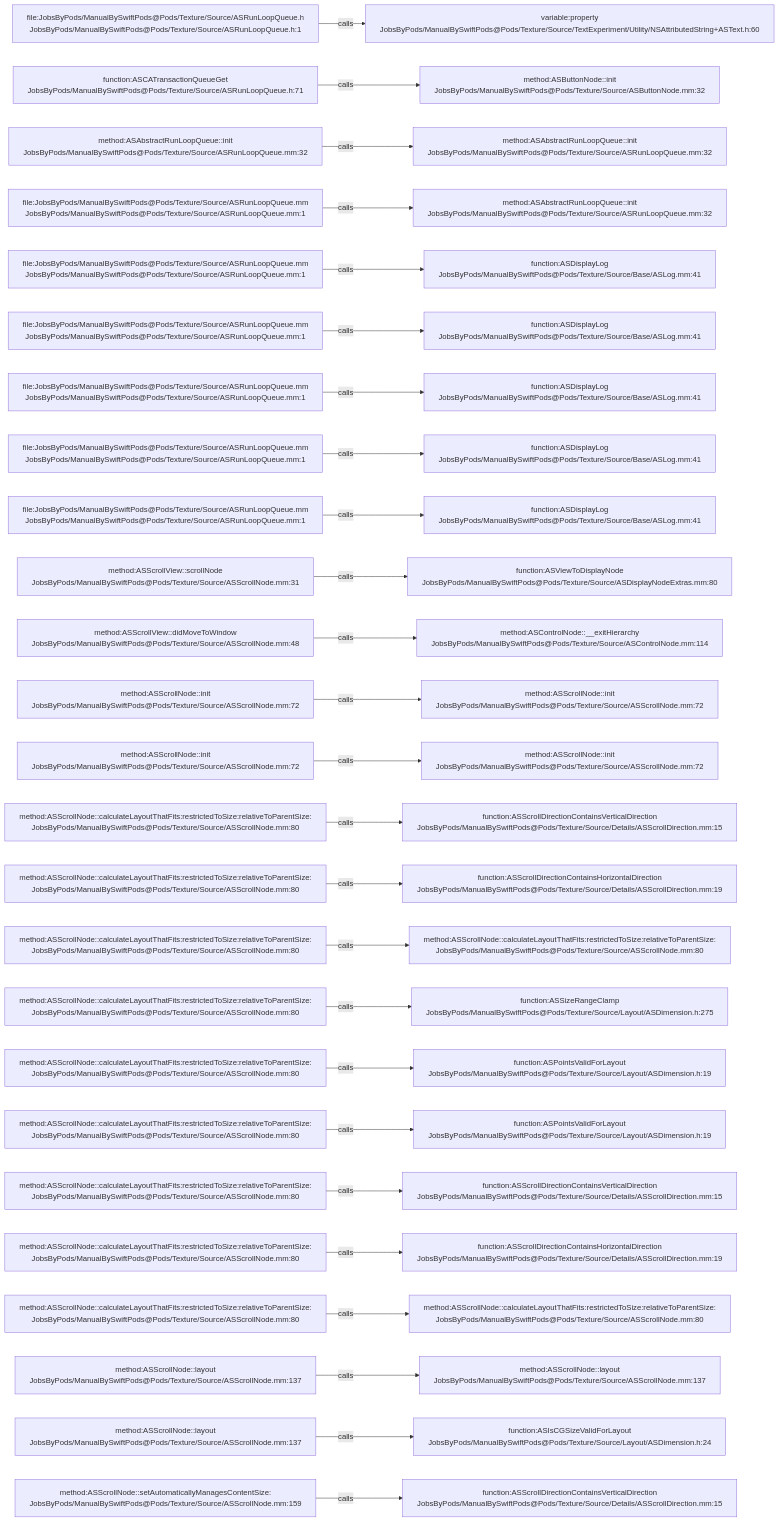
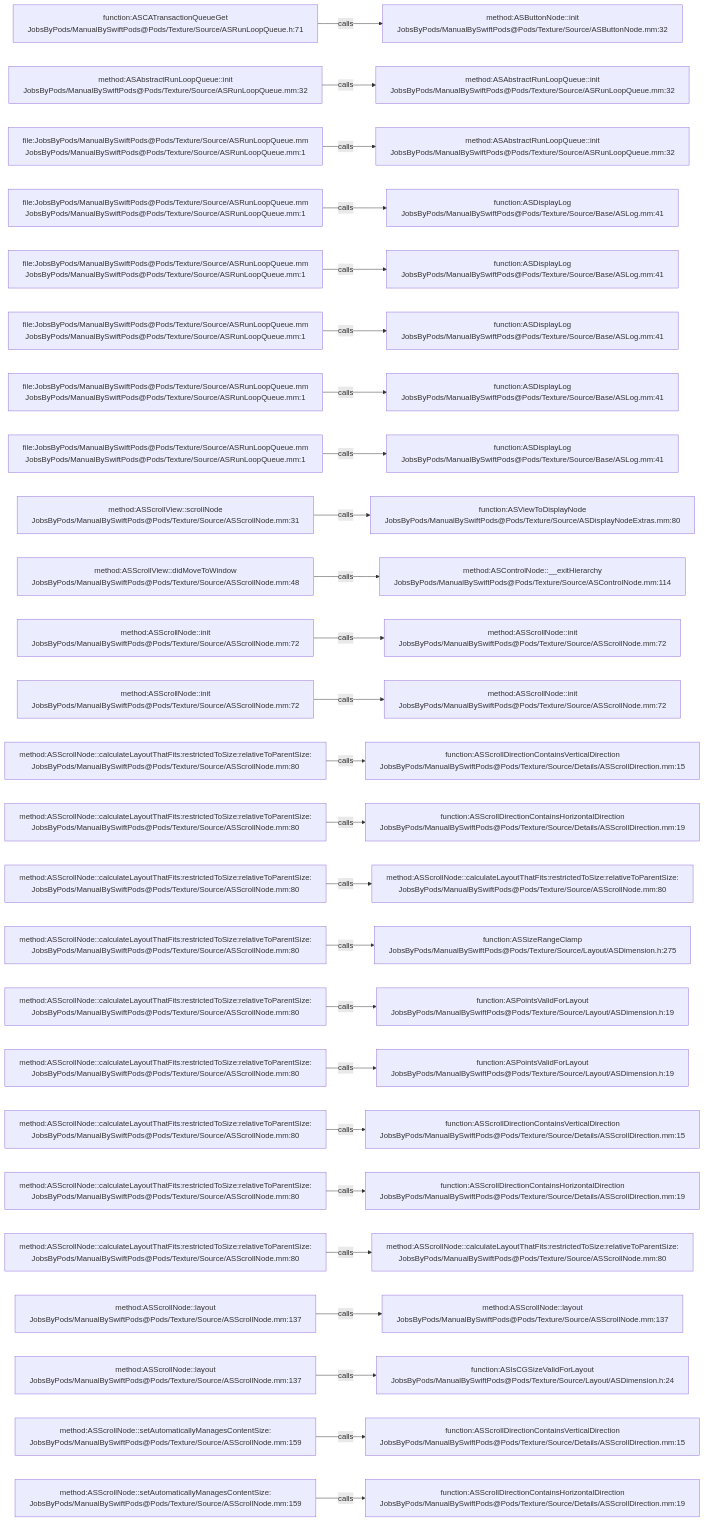
Before and after one commit to JobsKits/JobsSwiftBaseConfigDemo: the diagram in .codegraph/codegraph.md/graphs/calls-053.md, drawn with Mermaid. The commit also changed 747 other files, not shown here.

````diff
--- a/.codegraph/codegraph.md/graphs/calls-053.md
+++ b/.codegraph/codegraph.md/graphs/calls-053.md
@@ -13,78 +13,78 @@
 ```mermaid
 flowchart LR
-  S1["file:JobsByPods/ManualBySwiftPods@Pods/Texture/Source/ASRunLoopQueue.h<br/>JobsByPods/ManualBySwiftPods@Pods/Texture/Source/ASRunLoopQueue.h:1"]
-  T1["variable:property<br/>JobsByPods/ManualBySwiftPods@Pods/Texture/Source/TextExperiment/Utility/NSAttributedString+ASText.h:60"]
+  S1["function:ASCATransactionQueueGet<br/>JobsByPods/ManualBySwiftPods@Pods/Texture/Source/ASRunLoopQueue.h:71"]
+  T1["method:ASButtonNode::init<br/>JobsByPods/ManualBySwiftPods@Pods/Texture/Source/ASButtonNode.mm:32"]
   S1 -->|calls| T1
-  S2["function:ASCATransactionQueueGet<br/>JobsByPods/ManualBySwiftPods@Pods/Texture/Source/ASRunLoopQueue.h:71"]
-  T2["method:ASButtonNode::init<br/>JobsByPods/ManualBySwiftPods@Pods/Texture/Source/ASButtonNode.mm:32"]
+  S2["method:ASAbstractRunLoopQueue::init<br/>JobsByPods/ManualBySwiftPods@Pods/Texture/Source/ASRunLoopQueue.mm:32"]
+  T2["method:ASAbstractRunLoopQueue::init<br/>JobsByPods/ManualBySwiftPods@Pods/Texture/Source/ASRunLoopQueue.mm:32"]
   S2 -->|calls| T2
-  S3["method:ASAbstractRunLoopQueue::init<br/>JobsByPods/ManualBySwiftPods@Pods/Texture/Source/ASRunLoopQueue.mm:32"]
+  S3["file:JobsByPods/ManualBySwiftPods@Pods/Texture/Source/ASRunLoopQueue.mm<br/>JobsByPods/ManualBySwiftPods@Pods/Texture/Source/ASRunLoopQueue.mm:1"]
   T3["method:ASAbstractRunLoopQueue::init<br/>JobsByPods/ManualBySwiftPods@Pods/Texture/Source/ASRunLoopQueue.mm:32"]
   S3 -->|calls| T3
   S4["file:JobsByPods/ManualBySwiftPods@Pods/Texture/Source/ASRunLoopQueue.mm<br/>JobsByPods/ManualBySwiftPods@Pods/Texture/Source/ASRunLoopQueue.mm:1"]
-  T4["method:ASAbstractRunLoopQueue::init<br/>JobsByPods/ManualBySwiftPods@Pods/Texture/Source/ASRunLoopQueue.mm:32"]
+  T4["function:ASDisplayLog<br/>JobsByPods/ManualBySwiftPods@Pods/Texture/Source/Base/ASLog.mm:41"]
   S4 -->|calls| T4
   S5["file:JobsByPods/ManualBySwiftPods@Pods/Texture/Source/ASRunLoopQueue.mm<br/>JobsByPods/ManualBySwiftPods@Pods/Texture/Source/ASRunLoopQueue.mm:1"]
   T5["function:ASDisplayLog<br/>JobsByPods/ManualBySwiftPods@Pods/Texture/Source/Base/ASLog.mm:41"]
   S5 -->|calls| T5
   S6["file:JobsByPods/ManualBySwiftPods@Pods/Texture/Source/ASRunLoopQueue.mm<br/>JobsByPods/ManualBySwiftPods@Pods/Texture/Source/ASRunLoopQueue.mm:1"]
   T6["function:ASDisplayLog<br/>JobsByPods/ManualBySwiftPods@Pods/Texture/Source/Base/ASLog.mm:41"]
   S6 -->|calls| T6
   S7["file:JobsByPods/ManualBySwiftPods@Pods/Texture/Source/ASRunLoopQueue.mm<br/>JobsByPods/ManualBySwiftPods@Pods/Texture/Source/ASRunLoopQueue.mm:1"]
   T7["function:ASDisplayLog<br/>JobsByPods/ManualBySwiftPods@Pods/Texture/Source/Base/ASLog.mm:41"]
   S7 -->|calls| T7
   S8["file:JobsByPods/ManualBySwiftPods@Pods/Texture/Source/ASRunLoopQueue.mm<br/>JobsByPods/ManualBySwiftPods@Pods/Texture/Source/ASRunLoopQueue.mm:1"]
   T8["function:ASDisplayLog<br/>JobsByPods/ManualBySwiftPods@Pods/Texture/Source/Base/ASLog.mm:41"]
   S8 -->|calls| T8
-  S9["file:JobsByPods/ManualBySwiftPods@Pods/Texture/Source/ASRunLoopQueue.mm<br/>JobsByPods/ManualBySwiftPods@Pods/Texture/Source/ASRunLoopQueue.mm:1"]
-  T9["function:ASDisplayLog<br/>JobsByPods/ManualBySwiftPods@Pods/Texture/Source/Base/ASLog.mm:41"]
+  S9["method:ASScrollView::scrollNode<br/>JobsByPods/ManualBySwiftPods@Pods/Texture/Source/ASScrollNode.mm:31"]
+  T9["function:ASViewToDisplayNode<br/>JobsByPods/ManualBySwiftPods@Pods/Texture/Source/ASDisplayNodeExtras.mm:80"]
   S9 -->|calls| T9
-  S10["method:ASScrollView::scrollNode<br/>JobsByPods/ManualBySwiftPods@Pods/Texture/Source/ASScrollNode.mm:31"]
-  T10["function:ASViewToDisplayNode<br/>JobsByPods/ManualBySwiftPods@Pods/Texture/Source/ASDisplayNodeExtras.mm:80"]
+  S10["method:ASScrollView::didMoveToWindow<br/>JobsByPods/ManualBySwiftPods@Pods/Texture/Source/ASScrollNode.mm:48"]
+  T10["method:ASControlNode::__exitHierarchy<br/>JobsByPods/ManualBySwiftPods@Pods/Texture/Source/ASControlNode.mm:114"]
   S10 -->|calls| T10
-  S11["method:ASScrollView::didMoveToWindow<br/>JobsByPods/ManualBySwiftPods@Pods/Texture/Source/ASScrollNode.mm:48"]
-  T11["method:ASControlNode::__exitHierarchy<br/>JobsByPods/ManualBySwiftPods@Pods/Texture/Source/ASControlNode.mm:114"]
+  S11["method:ASScrollNode::init<br/>JobsByPods/ManualBySwiftPods@Pods/Texture/Source/ASScrollNode.mm:72"]
+  T11["method:ASScrollNode::init<br/>JobsByPods/ManualBySwiftPods@Pods/Texture/Source/ASScrollNode.mm:72"]
   S11 -->|calls| T11
   S12["method:ASScrollNode::init<br/>JobsByPods/ManualBySwiftPods@Pods/Texture/Source/ASScrollNode.mm:72"]
   T12["method:ASScrollNode::init<br/>JobsByPods/ManualBySwiftPods@Pods/Texture/Source/ASScrollNode.mm:72"]
   S12 -->|calls| T12
-  S13["method:ASScrollNode::init<br/>JobsByPods/ManualBySwiftPods@Pods/Texture/Source/ASScrollNode.mm:72"]
-  T13["method:ASScrollNode::init<br/>JobsByPods/ManualBySwiftPods@Pods/Texture/Source/ASScrollNode.mm:72"]
+  S13["method:ASScrollNode::calculateLayoutThatFits:restrictedToSize:relativeToParentSize:<br/>JobsByPods/ManualBySwiftPods@Pods/Texture/Source/ASScrollNode.mm:80"]
+  T13["function:ASScrollDirectionContainsVerticalDirection<br/>JobsByPods/ManualBySwiftPods@Pods/Texture/Source/Details/ASScrollDirection.mm:15"]
   S13 -->|calls| T13
   S14["method:ASScrollNode::calculateLayoutThatFits:restrictedToSize:relativeToParentSize:<br/>JobsByPods/ManualBySwiftPods@Pods/Texture/Source/ASScrollNode.mm:80"]
-  T14["function:ASScrollDirectionContainsVerticalDirection<br/>JobsByPods/ManualBySwiftPods@Pods/Texture/Source/Details/ASScrollDirection.mm:15"]
+  T14["function:ASScrollDirectionContainsHorizontalDirection<br/>JobsByPods/ManualBySwiftPods@Pods/Texture/Source/Details/ASScrollDirection.mm:19"]
   S14 -->|calls| T14
   S15["method:ASScrollNode::calculateLayoutThatFits:restrictedToSize:relativeToParentSize:<br/>JobsByPods/ManualBySwiftPods@Pods/Texture/Source/ASScrollNode.mm:80"]
-  T15["function:ASScrollDirectionContainsHorizontalDirection<br/>JobsByPods/ManualBySwiftPods@Pods/Texture/Source/Details/ASScrollDirection.mm:19"]
+  T15["method:ASScrollNode::calculateLayoutThatFits:restrictedToSize:relativeToParentSize:<br/>JobsByPods/ManualBySwiftPods@Pods/Texture/Source/ASScrollNode.mm:80"]
   S15 -->|calls| T15
   S16["method:ASScrollNode::calculateLayoutThatFits:restrictedToSize:relativeToParentSize:<br/>JobsByPods/ManualBySwiftPods@Pods/Texture/Source/ASScrollNode.mm:80"]
-  T16["method:ASScrollNode::calculateLayoutThatFits:restrictedToSize:relativeToParentSize:<br/>JobsByPods/ManualBySwiftPods@Pods/Texture/Source/ASScrollNode.mm:80"]
+  T16["function:ASSizeRangeClamp<br/>JobsByPods/ManualBySwiftPods@Pods/Texture/Source/Layout/ASDimension.h:275"]
   S16 -->|calls| T16
   S17["method:ASScrollNode::calculateLayoutThatFits:restrictedToSize:relativeToParentSize:<br/>JobsByPods/ManualBySwiftPods@Pods/Texture/Source/ASScrollNode.mm:80"]
-  T17["function:ASSizeRangeClamp<br/>JobsByPods/ManualBySwiftPods@Pods/Texture/Source/Layout/ASDimension.h:275"]
+  T17["function:ASPointsValidForLayout<br/>JobsByPods/ManualBySwiftPods@Pods/Texture/Source/Layout/ASDimension.h:19"]
   S17 -->|calls| T17
   S18["method:ASScrollNode::calculateLayoutThatFits:restrictedToSize:relativeToParentSize:<br/>JobsByPods/ManualBySwiftPods@Pods/Texture/Source/ASScrollNode.mm:80"]
   T18["function:ASPointsValidForLayout<br/>JobsByPods/ManualBySwiftPods@Pods/Texture/Source/Layout/ASDimension.h:19"]
   S18 -->|calls| T18
   S19["method:ASScrollNode::calculateLayoutThatFits:restrictedToSize:relativeToParentSize:<br/>JobsByPods/ManualBySwiftPods@Pods/Texture/Source/ASScrollNode.mm:80"]
-  T19["function:ASPointsValidForLayout<br/>JobsByPods/ManualBySwiftPods@Pods/Texture/Source/Layout/ASDimension.h:19"]
+  T19["function:ASScrollDirectionContainsVerticalDirection<br/>JobsByPods/ManualBySwiftPods@Pods/Texture/Source/Details/ASScrollDirection.mm:15"]
   S19 -->|calls| T19
   S20["method:ASScrollNode::calculateLayoutThatFits:restrictedToSize:relativeToParentSize:<br/>JobsByPods/ManualBySwiftPods@Pods/Texture/Source/ASScrollNode.mm:80"]
-  T20["function:ASScrollDirectionContainsVerticalDirection<br/>JobsByPods/ManualBySwiftPods@Pods/Texture/Source/Details/ASScrollDirection.mm:15"]
+  T20["function:ASScrollDirectionContainsHorizontalDirection<br/>JobsByPods/ManualBySwiftPods@Pods/Texture/Source/Details/ASScrollDirection.mm:19"]
   S20 -->|calls| T20
   S21["method:ASScrollNode::calculateLayoutThatFits:restrictedToSize:relativeToParentSize:<br/>JobsByPods/ManualBySwiftPods@Pods/Texture/Source/ASScrollNode.mm:80"]
-  T21["function:ASScrollDirectionContainsHorizontalDirection<br/>JobsByPods/ManualBySwiftPods@Pods/Texture/Source/Details/ASScrollDirection.mm:19"]
+  T21["method:ASScrollNode::calculateLayoutThatFits:restrictedToSize:relativeToParentSize:<br/>JobsByPods/ManualBySwiftPods@Pods/Texture/Source/ASScrollNode.mm:80"]
   S21 -->|calls| T21
-  S22["method:ASScrollNode::calculateLayoutThatFits:restrictedToSize:relativeToParentSize:<br/>JobsByPods/ManualBySwiftPods@Pods/Texture/Source/ASScrollNode.mm:80"]
-  T22["method:ASScrollNode::calculateLayoutThatFits:restrictedToSize:relativeToParentSize:<br/>JobsByPods/ManualBySwiftPods@Pods/Texture/Source/ASScrollNode.mm:80"]
+  S22["method:ASScrollNode::layout<br/>JobsByPods/ManualBySwiftPods@Pods/Texture/Source/ASScrollNode.mm:137"]
+  T22["method:ASScrollNode::layout<br/>JobsByPods/ManualBySwiftPods@Pods/Texture/Source/ASScrollNode.mm:137"]
   S22 -->|calls| T22
   S23["method:ASScrollNode::layout<br/>JobsByPods/ManualBySwiftPods@Pods/Texture/Source/ASScrollNode.mm:137"]
-  T23["method:ASScrollNode::layout<br/>JobsByPods/ManualBySwiftPods@Pods/Texture/Source/ASScrollNode.mm:137"]
+  T23["function:ASIsCGSizeValidForLayout<br/>JobsByPods/ManualBySwiftPods@Pods/Texture/Source/Layout/ASDimension.h:24"]
   S23 -->|calls| T23
-  S24["method:ASScrollNode::layout<br/>JobsByPods/ManualBySwiftPods@Pods/Texture/Source/ASScrollNode.mm:137"]
-  T24["function:ASIsCGSizeValidForLayout<br/>JobsByPods/ManualBySwiftPods@Pods/Texture/Source/Layout/ASDimension.h:24"]
+  S24["method:ASScrollNode::setAutomaticallyManagesContentSize:<br/>JobsByPods/ManualBySwiftPods@Pods/Texture/Source/ASScrollNode.mm:159"]
+  T24["function:ASScrollDirectionContainsVerticalDirection<br/>JobsByPods/ManualBySwiftPods@Pods/Texture/Source/Details/ASScrollDirection.mm:15"]
   S24 -->|calls| T24
   S25["method:ASScrollNode::setAutomaticallyManagesContentSize:<br/>JobsByPods/ManualBySwiftPods@Pods/Texture/Source/ASScrollNode.mm:159"]
-  T25["function:ASScrollDirectionContainsVerticalDirection<br/>JobsByPods/ManualBySwiftPods@Pods/Texture/Source/Details/ASScrollDirection.mm:15"]
+  T25["function:ASScrollDirectionContainsHorizontalDirection<br/>JobsByPods/ManualBySwiftPods@Pods/Texture/Source/Details/ASScrollDirection.mm:19"]
   S25 -->|calls| T25
 ```
````
